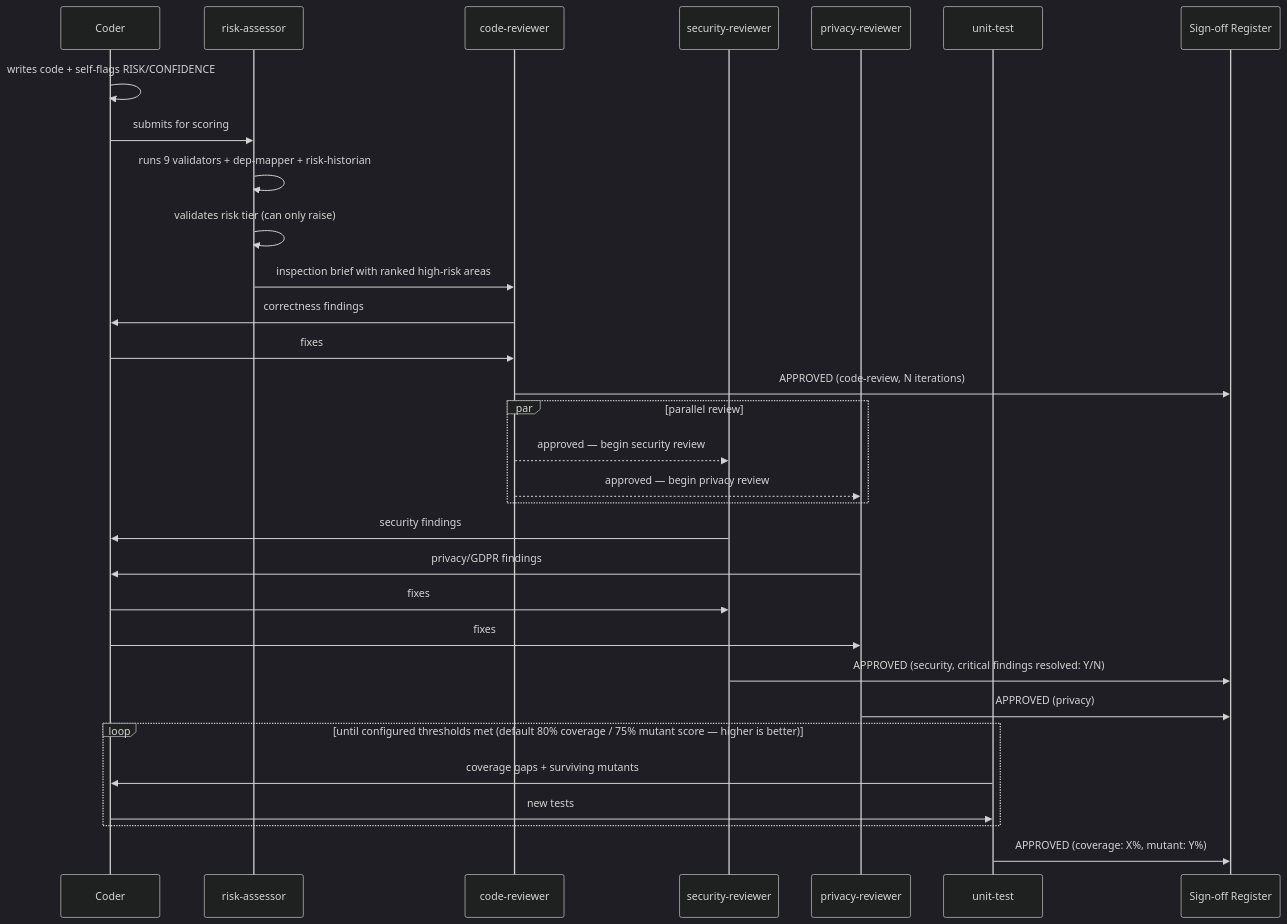
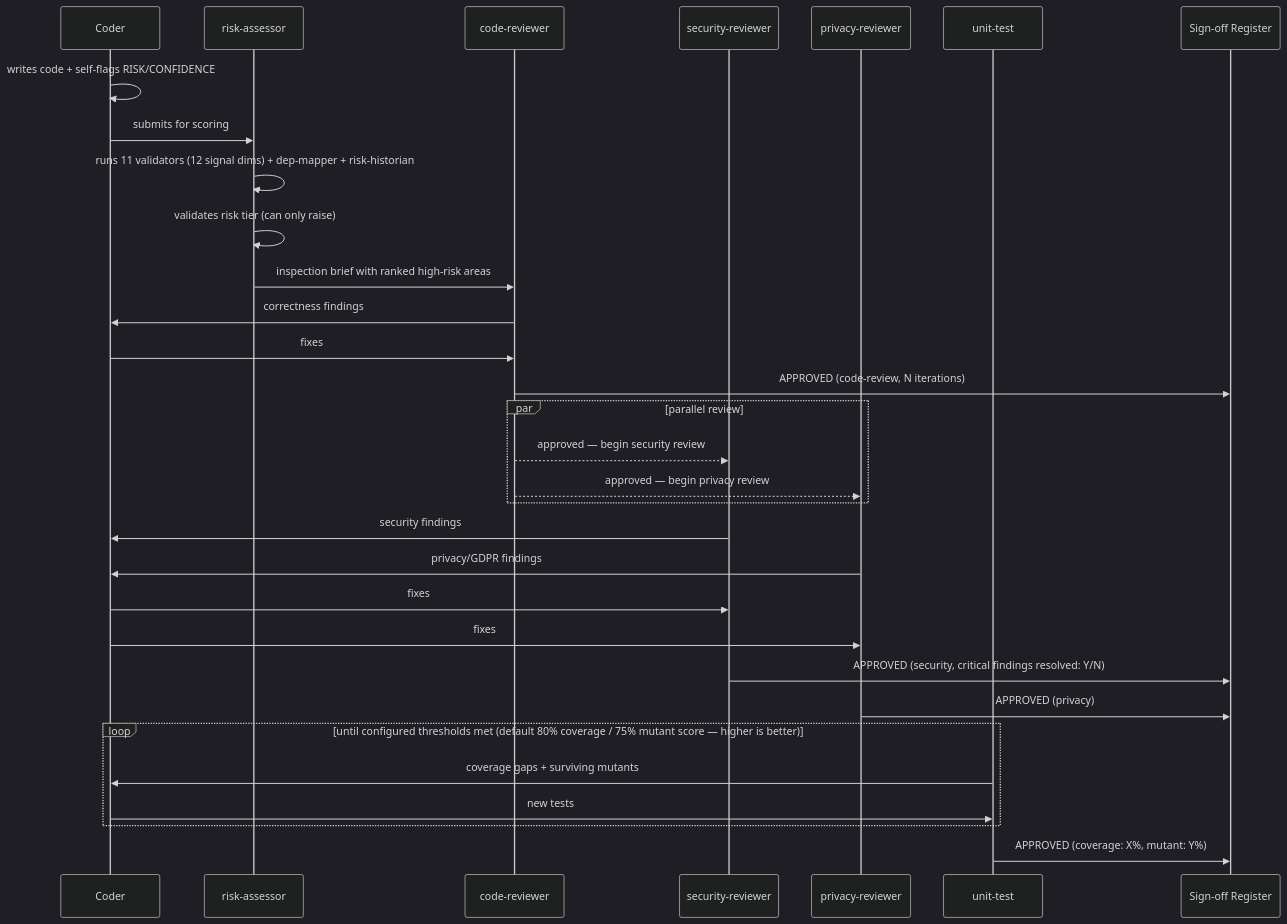
The third of 8 diagrams in ARCHITECTURE.md (thurlow-research/HumanOversightSystem), drawn with Mermaid (dark theme) before and after one commit. The commit also changed other lines of this file and 25 other files, not shown here.

````diff
--- a/ARCHITECTURE.md
+++ b/ARCHITECTURE.md
@@ -242,34 +246,34 @@
 ```mermaid
 sequenceDiagram
     participant C as Coder
     participant RA as risk-assessor
     participant CR as code-reviewer
     participant SR as security-reviewer
     participant PR as privacy-reviewer
     participant UT as unit-test
     participant REG as Sign-off Register
 
     C->>C: writes code + self-flags RISK/CONFIDENCE
     C->>RA: submits for scoring
-    RA->>RA: runs 9 validators + dep-mapper + risk-historian
+    RA->>RA: runs 11 validators (12 signal dims) + dep-mapper + risk-historian
     RA->>RA: validates risk tier (can only raise)
     RA->>CR: inspection brief with ranked high-risk areas
     CR->>C: correctness findings
     C->>CR: fixes
     CR->>REG: APPROVED (code-review, N iterations)
     par parallel review
         CR-->>SR: approved — begin security review
         CR-->>PR: approved — begin privacy review
     end
     SR->>C: security findings
     PR->>C: privacy/GDPR findings
     C->>SR: fixes
     C->>PR: fixes
     SR->>REG: APPROVED (security, critical findings resolved: Y/N)
     PR->>REG: APPROVED (privacy)
     loop until configured thresholds met (default 80% coverage / 75% mutant score — higher is better)
         UT->>C: coverage gaps + surviving mutants
         C->>UT: new tests
     end
     UT->>REG: APPROVED (coverage: X%, mutant: Y%)
 ```
````
